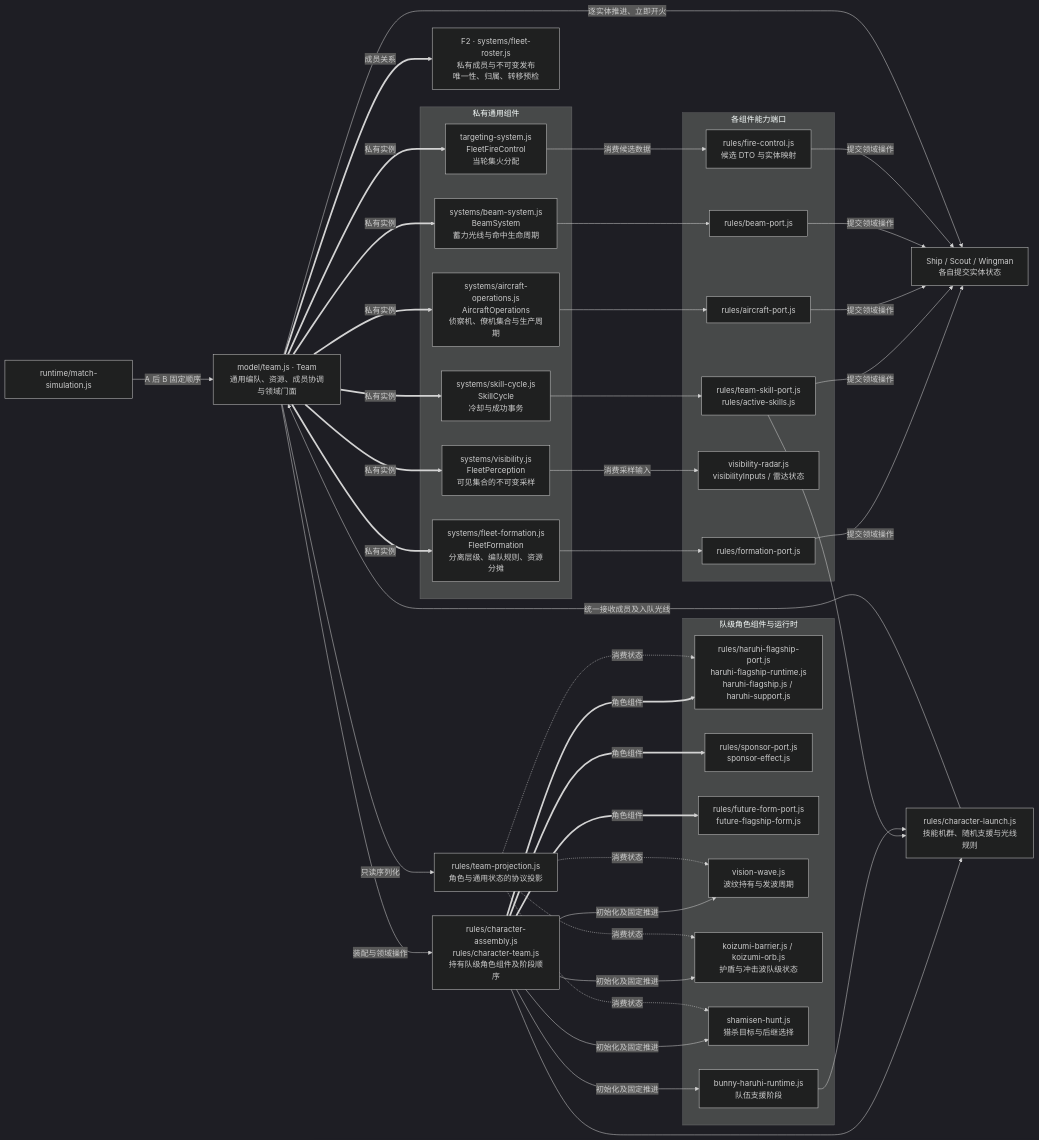
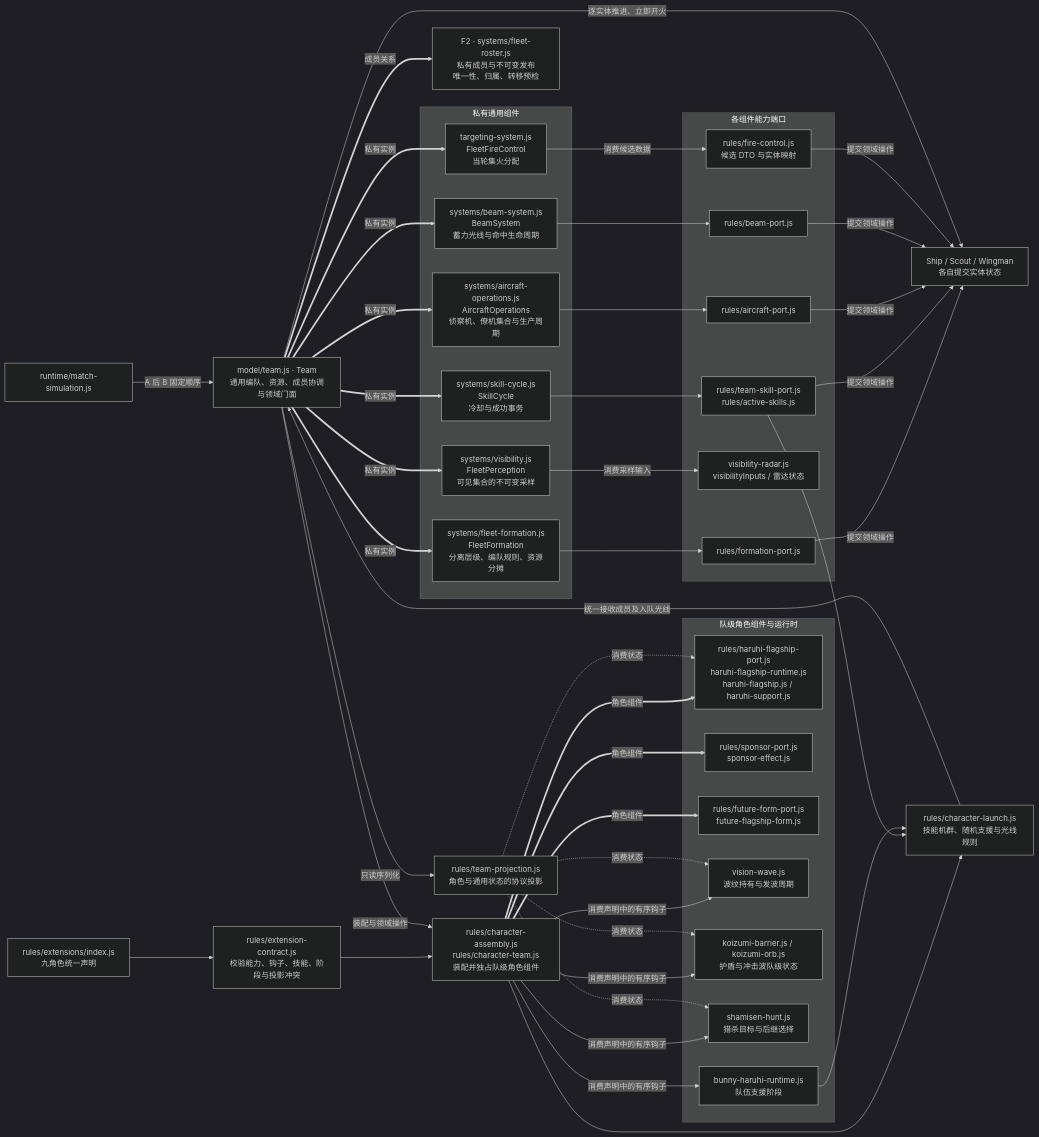
The third of 9 diagrams in docs/architecture-map.md (Haruhi-Labs/TDOS), drawn with Mermaid (dark theme) before and after one commit. The commit also changed other lines of this file and 4 other files, not shown here.

Commit message:
docs(architecture): 更新四项重构架构图与完整验收证据

````diff
--- a/docs/architecture-map.md
+++ b/docs/architecture-map.md
@@ -132,53 +132,56 @@
 ```mermaid
 flowchart LR
   T["model/team.js · Team<br/>通用编队、资源、成员协调与领域门面"]
   MEM["F2 · systems/fleet-roster.js<br/>私有成员与不可变发布<br/>唯一性、归属、转移预检"]
   subgraph generic[私有通用组件]
     F["systems/fleet-formation.js<br/>FleetFormation<br/>分离层级、编队规则、资源分摊"]
     SK["systems/skill-cycle.js<br/>SkillCycle<br/>冷却与成功事务"]
     AC["systems/aircraft-operations.js<br/>AircraftOperations<br/>侦察机、僚机集合与生产周期"]
     BM["systems/beam-system.js<br/>BeamSystem<br/>蓄力光线与命中生命周期"]
     V["systems/visibility.js<br/>FleetPerception<br/>可见集合的不可变采样"]
     FC["targeting-system.js<br/>FleetFireControl<br/>当轮集火分配"]
   end
   subgraph adapters[各组件能力端口]
     FP["rules/formation-port.js"]
     SP["rules/team-skill-port.js<br/>rules/active-skills.js"]
     AP["rules/aircraft-port.js"]
     BP["rules/beam-port.js"]
     VP["visibility-radar.js<br/>visibilityInputs / 雷达状态"]
     FCP["rules/fire-control.js<br/>候选 DTO 与实体映射"]
   end
   subgraph specific[队级角色组件与运行时]
     HF["rules/haruhi-flagship-port.js<br/>haruhi-flagship-runtime.js<br/>haruhi-flagship.js / haruhi-support.js"]
     SF["rules/sponsor-port.js<br/>sponsor-effect.js"]
     FF["rules/future-form-port.js<br/>future-flagship-form.js"]
     VW["vision-wave.js<br/>波纹持有与发波周期"]
     KB["koizumi-barrier.js / koizumi-orb.js<br/>护盾与冲击波队级状态"]
     SH["shamisen-hunt.js<br/>猎杀目标与后继选择"]
     BH["bunny-haruhi-runtime.js<br/>队伍支援阶段"]
   end
   M["runtime/match-simulation.js"]
   S["Ship / Scout / Wingman<br/>各自提交实体状态"]
   T ==>|成员关系| MEM
   T ==>|私有实例| F & SK & AC & BM & V & FC
   F --> FP
   SK --> SP
   AC --> AP
   BM --> BP
   V -->|消费采样输入| VP
   FC -->|消费候选数据| FCP
   FP & SP & AP & BP & FCP -->|提交领域操作| S
-  ASSEMBLY["rules/character-assembly.js<br/>rules/character-team.js<br/>持有队级角色组件及阶段顺序"]
+  ASSEMBLY["rules/character-assembly.js<br/>rules/character-team.js<br/>装配并独占队级角色组件"]
+  EXT["rules/extensions/index.js<br/>九角色统一声明"]
+  CONTRACT["rules/extension-contract.js<br/>校验能力、钩子、技能、阶段与投影冲突"]
+  EXT --> CONTRACT --> ASSEMBLY
   T -->|装配与领域操作| ASSEMBLY
   ASSEMBLY ==>|角色组件| HF & SF & FF
-  ASSEMBLY -->|初始化及固定推进| VW & KB & SH & BH
+  ASSEMBLY -->|消费声明中的有序钩子| VW & KB & SH & BH
   LAUNCH["rules/character-launch.js<br/>技能机群、随机支援与光线规则"]
   ASSEMBLY & SP & BH --> LAUNCH
   LAUNCH -->|统一接收成员及入队光线| T
   M -->|A 后 B 固定顺序| T
   T -->|逐实体推进、立即开火| S
   TP["rules/team-projection.js<br/>角色与通用状态的协议投影"]
   T -->|只读序列化| TP
   TP -.->|消费状态| VW & KB & SH & HF
 ```
````
